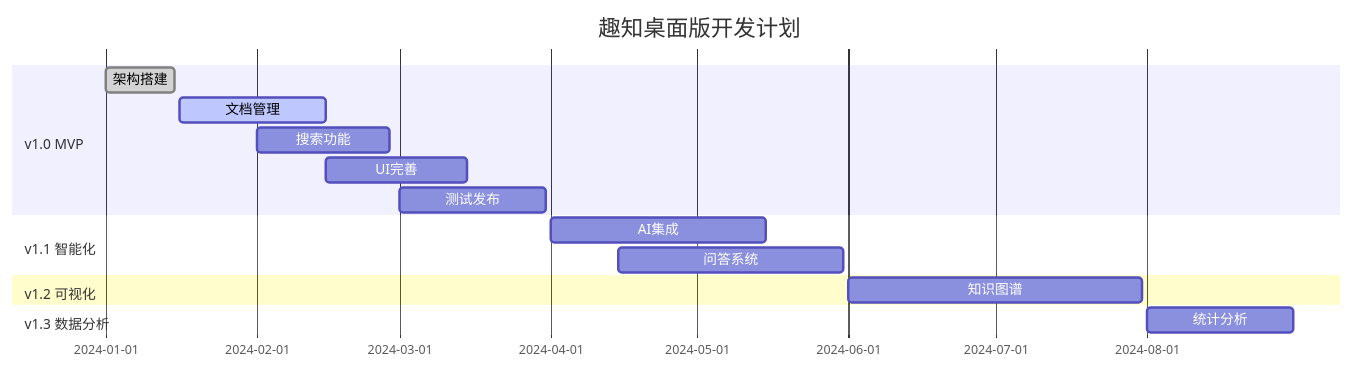
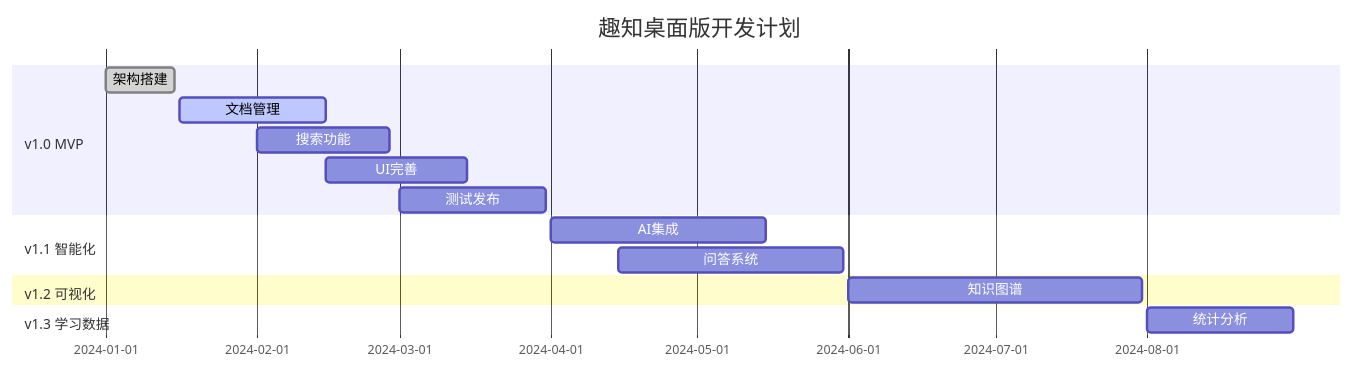
The sixth of 6 diagrams in design/产品设计.md (suceser/fun-knowledge-desktop), drawn with Mermaid before and after one commit. The commit also changed other lines of this file and 4 other files, not shown here.

````diff
--- a/design/产品设计.md
+++ b/design/产品设计.md
@@ -752,21 +752,21 @@
 ```mermaid
 gantt
     title 趣知桌面版开发计划
     dateFormat  YYYY-MM-DD
     section v1.0 MVP
     架构搭建        :done,    arch,    2024-01-01, 2024-01-15
     文档管理        :active,  docs,    2024-01-16, 2024-02-15
     搜索功能        :         search,  2024-02-01, 2024-02-28
     UI完善          :         ui,      2024-02-15, 2024-03-15
     测试发布        :         test,    2024-03-01, 2024-03-31
     
     section v1.1 智能化
     AI集成          :         ai,      2024-04-01, 2024-05-15
     问答系统        :         qa,      2024-04-15, 2024-05-31
     
     section v1.2 可视化  
     知识图谱        :         graph,   2024-06-01, 2024-07-31
     
-    section v1.3 数据分析
+    section v1.3 学习数据
     统计分析        :         stats,   2024-08-01, 2024-08-31
 ```
````
